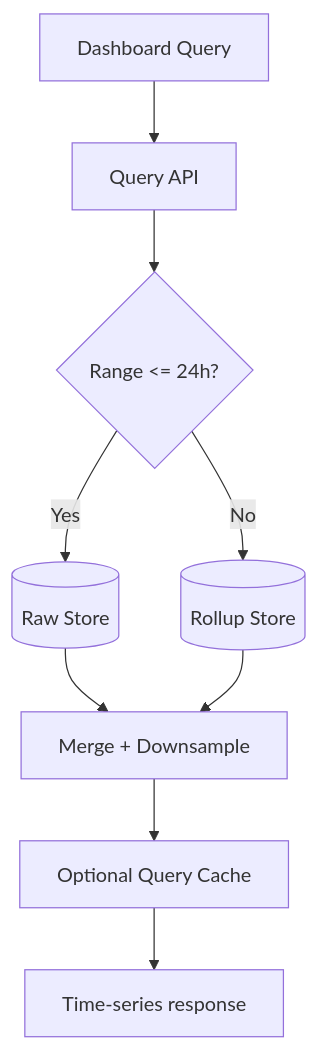
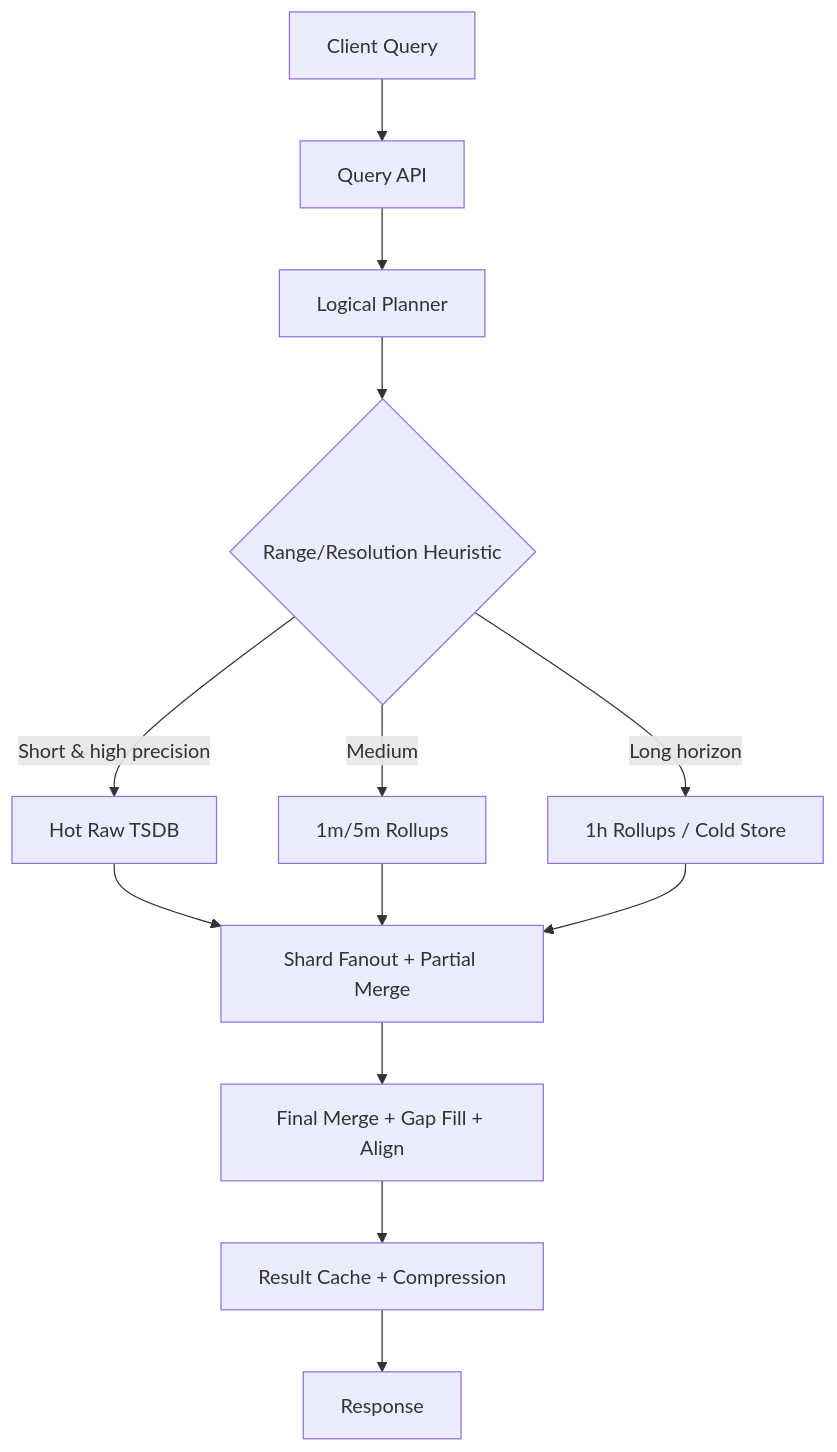
Before and after one commit to madmax983/system_design: the third of 3 diagrams in examples/question-1-distributed-metrics-logging-and-aggregation.md, drawn with Mermaid. The commit also changed other lines of this file, not shown here.

````diff
--- a/examples/question-1-distributed-metrics-logging-and-aggregation.md
+++ b/examples/question-1-distributed-metrics-logging-and-aggregation.md
@@ -143,11 +210,15 @@
 ```mermaid
 flowchart TD
-    Q[Dashboard Query] --> API[Query API]
-    API --> R1{Range <= 24h?}
-    R1 -->|Yes| RAW[(Raw Store)]
-    R1 -->|No| ROLL[(Rollup Store)]
-    RAW --> M[Merge + Downsample]
-    ROLL --> M
-    M --> C[Optional Query Cache]
-    C --> RESP[Time-series response]
+    A[Client Query] --> B[Query API]
+    B --> C[Logical Planner]
+    C --> D{Range/Resolution Heuristic}
+    D -->|Short & high precision| E[Hot Raw TSDB]
+    D -->|Medium| F[1m/5m Rollups]
+    D -->|Long horizon| G[1h Rollups / Cold Store]
+    E --> H[Shard Fanout + Partial Merge]
+    F --> H
+    G --> H
+    H --> I[Final Merge + Gap Fill + Align]
+    I --> J[Result Cache + Compression]
+    J --> K[Response]
 ```
````
